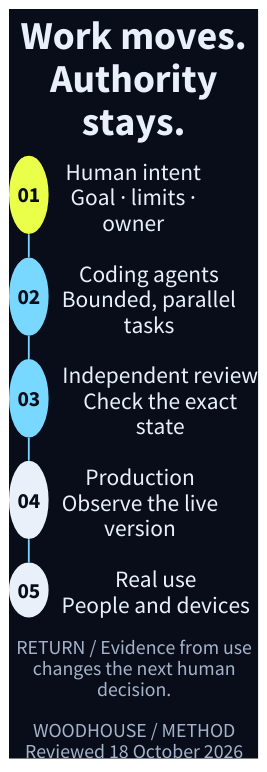
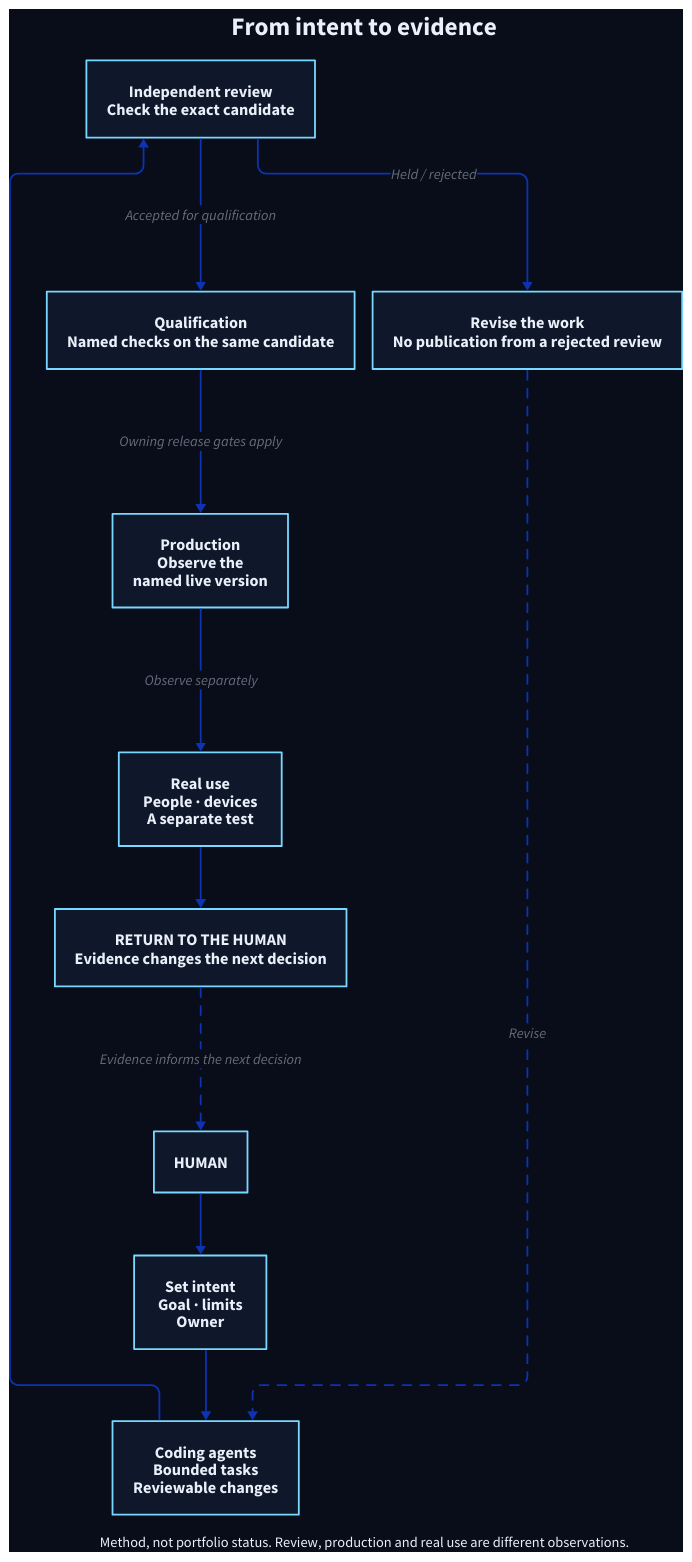
Before and after one commit to loftwah/woodhouse-new: the diagram in diagrams/factory-flow-mobile.d2, drawn with D2. The commit also changed 203 other files, not shown here.

Commit message:
Replace rejected exports with illustrated technical plates

```diff
--- a/diagrams/factory-flow-mobile.d2
+++ b/diagrams/factory-flow-mobile.d2
@@ -1,135 +1,31 @@
-# Woodhouse authored technical plate. Reviewed 18 October 2026.
-# Shape grammar: text = work; circle = responsibility; diamond = decision;
-# labelled stop = evidence boundary; dashed line = return or conditional path.
-# This is a method/relationship, not a claim that every project passed it.
+# Editable Woodhouse system model. Reviewed 18 October 2026.
+# Published illustration and this editable topology are separate artifacts.
+# Retained image master, exact prompts and paired provenance: scripts/assets/technical-plates/factory-flow-mobile.*
 vars: {d2-config: {layout-engine: elk; theme-id: 0; pad: 16}}
+direction: down
 style.fill: "#080D19"
-direction: down
-grid-rows: 5
-grid-columns: 2
-horizontal-gap: 16
-vertical-gap: 28
-
-plate_title: "Work moves.\nAuthority\nstays." {
-  shape: text
-  style.font-color: "#EAF0FA"
-  style.font-size: 44
-  style.fill: "transparent"
-  style.stroke: "#EAF0FA"
-  style.stroke-width: 0
-  style.bold: true
-}
-plate_title.near: top-center
-r0: "01" {
-  label.near: center-center
-  shape: circle
-  style.font-color: "#080D19"
-  style.font-size: 24
-  style.fill: "#E9FF49"
-  style.stroke: "#E9FF49"
-  style.stroke-width: 2
-  width: 42
-  height: 42
-  style.bold: true
-}
-t0: "Human intent\nGoal · limits ·\nowner" {
-  shape: text
-  style.font-color: "#EAF0FA"
-  style.font-size: 26
-  style.fill: "transparent"
-  style.stroke: "#EAF0FA"
-  style.stroke-width: 0
-}
-r1: "02" {
-  label.near: center-center
-  shape: circle
-  style.font-color: "#080D19"
-  style.font-size: 24
-  style.fill: "#79D8FF"
-  style.stroke: "#79D8FF"
-  style.stroke-width: 2
-  width: 42
-  height: 42
-  style.bold: true
-}
-t1: "Coding agents\nBounded, parallel\ntasks" {
-  shape: text
-  style.font-color: "#EAF0FA"
-  style.font-size: 26
-  style.fill: "transparent"
-  style.stroke: "#EAF0FA"
-  style.stroke-width: 0
-}
-r2: "03" {
-  label.near: center-center
-  shape: circle
-  style.font-color: "#080D19"
-  style.font-size: 24
-  style.fill: "#79D8FF"
-  style.stroke: "#79D8FF"
-  style.stroke-width: 2
-  width: 42
-  height: 42
-  style.bold: true
-}
-t2: "Independent review\nCheck the exact\nstate" {
-  shape: text
-  style.font-color: "#EAF0FA"
-  style.font-size: 26
-  style.fill: "transparent"
-  style.stroke: "#EAF0FA"
-  style.stroke-width: 0
-}
-r3: "04" {
-  label.near: center-center
-  shape: circle
-  style.font-color: "#080D19"
-  style.font-size: 24
-  style.fill: "#EAF0FA"
-  style.stroke: "#EAF0FA"
-  style.stroke-width: 2
-  width: 42
-  height: 42
-  style.bold: true
-}
-t3: "Production\nObserve the live\nversion" {
-  shape: text
-  style.font-color: "#EAF0FA"
-  style.font-size: 26
-  style.fill: "transparent"
-  style.stroke: "#EAF0FA"
-  style.stroke-width: 0
-}
-r4: "05" {
-  label.near: center-center
-  shape: circle
-  style.font-color: "#080D19"
-  style.font-size: 24
-  style.fill: "#EAF0FA"
-  style.stroke: "#EAF0FA"
-  style.stroke-width: 2
-  width: 42
-  height: 42
-  style.bold: true
-}
-t4: "Real use\nPeople and devices" {
-  shape: text
-  style.font-color: "#EAF0FA"
-  style.font-size: 26
-  style.fill: "transparent"
-  style.stroke: "#EAF0FA"
-  style.stroke-width: 0
-}
-r0 -> r1: "" {style.stroke: "#79D8FF"; style.stroke-width: 2; style.font-color: "#79D8FF"; style.font-size: 22; target-arrowhead.shape: none;}
-r1 -> r2: "" {style.stroke: "#79D8FF"; style.stroke-width: 2; style.font-color: "#79D8FF"; style.font-size: 22; target-arrowhead.shape: none;}
-r2 -> r3: "" {style.stroke: "#79D8FF"; style.stroke-width: 2; style.font-color: "#79D8FF"; style.font-size: 22; target-arrowhead.shape: none;}
-r3 -> r4: "" {style.stroke: "#79D8FF"; style.stroke-width: 2; style.font-color: "#79D8FF"; style.font-size: 22; target-arrowhead.shape: none;}
-plate_note: "RETURN / Evidence from use\nchanges the next human\ndecision.\n\nWOODHOUSE / METHOD\nReviewed 18 October 2026" {
-  shape: text
-  style.font-color: "#A6B4CB"
-  style.font-size: 22
-  style.fill: "transparent"
-  style.stroke: "#A6B4CB"
-  style.stroke-width: 0
-}
-plate_note.near: bottom-center
+*.style.fill: "#0F182A"
+*.style.stroke: "#79D8FF"
+*.style.font-color: "#EAF0FA"
+*.style.font-size: 18
+title: "From intent to evidence" {shape: text; near: top-center; style.font-size: 28; style.bold: true}
+human: "HUMAN" {}
+intent: "Set intent\nGoal · limits\nOwner" {}
+agent: "Coding agents\nBounded tasks\nReviewable changes" {}
+review: "Independent review\nCheck the exact candidate" {}
+production: "Production\nObserve the\nnamed live version" {}
+real: "Real use\nPeople · devices\nA separate test" {}
+return: "RETURN TO THE HUMAN\nEvidence changes the next decision" {}
+qualification: "Qualification\nNamed checks on the same candidate" {}
+revise: "Revise the work\nNo publication from a rejected review" {}
+human -> intent: ""
+intent -> agent: ""
+agent -> review: ""
+review -> qualification: "Accepted for qualification"
+review -> revise: "Held / rejected"
+revise -> agent: "Revise" {style.stroke-dash: 5}
+qualification -> production: "Owning release gates apply"
+production -> real: "Observe separately"
+real -> return: ""
+return -> human: "Evidence informs the next decision" {style.stroke-dash: 5}
+note: "Method, not portfolio status. Review, production and real use are different observations." {shape: text; near: bottom-center; style.font-size: 16}
```
